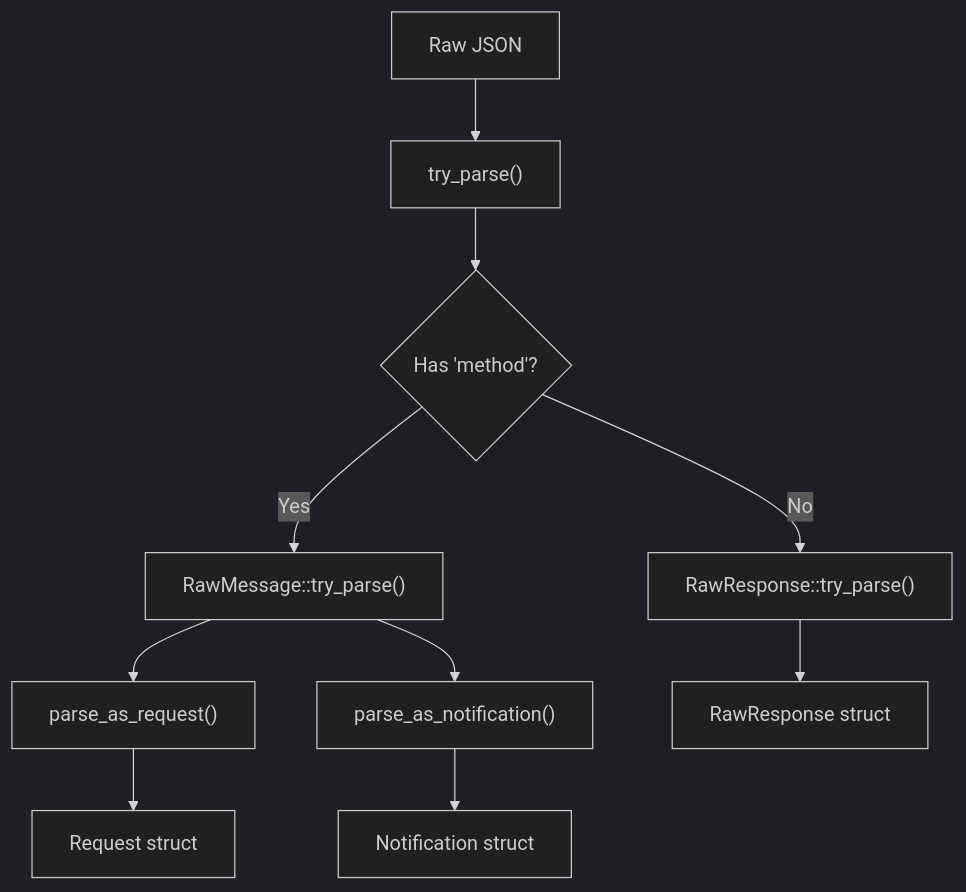
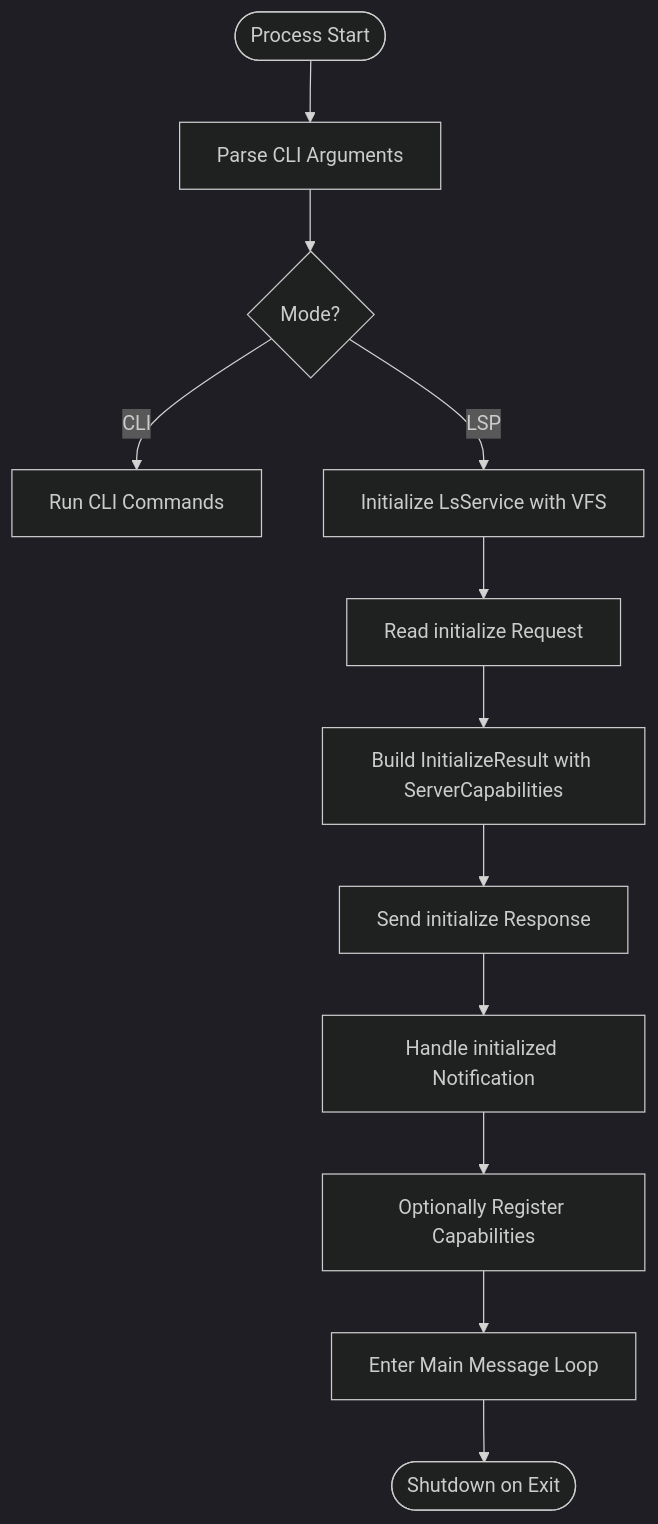
One commit to fenghaitao/dml-language-server changed the third of 9 diagrams in .qoder/repowiki/en/content/Language Server Protocol Implementation/Language Server Protocol Implementation.md. Above: the diagram before and after it, drawn with Mermaid (dark theme). The commit also changed other lines of this file and 119 other files, not shown here.

````diff
--- a/.qoder/repowiki/en/content/Language Server Protocol Implementation/Language Server Protocol Implementation.md
+++ b/.qoder/repowiki/en/content/Language Server Protocol Implementation/Language Server Protocol Implementation.md
@@ -186,12 +201,14 @@
 ```mermaid
 flowchart TD
-A["Raw JSON"] --> B["try_parse()"]
-B --> C{"Has 'method'?"}
-C --> |Yes| D["RawMessage::try_parse()"]
-C --> |No| E["RawResponse::try_parse()"]
-D --> F["parse_as_request()"]
-D --> G["parse_as_notification()"]
-F --> H["Request struct"]
-G --> I["Notification struct"]
-E --> J["RawResponse struct"]
+Start(["Process Start"]) --> ParseArgs["Parse CLI Arguments"]
+ParseArgs --> ModeCheck{"Mode?"}
+ModeCheck --> |CLI| CLI["Run CLI Commands"]
+ModeCheck --> |LSP| InitServer["Initialize LsService with VFS"]
+InitServer --> ReadStdin["Read initialize Request"]
+ReadStdin --> InitCap["Build InitializeResult with ServerCapabilities"]
+InitCap --> SendResp["Send initialize Response"]
+SendResp --> InitNotify["Handle initialized Notification"]
+InitNotify --> RegisterCaps["Optionally Register Capabilities"]
+RegisterCaps --> MainLoop["Enter Main Message Loop"]
+MainLoop --> End(["Shutdown on Exit"])
 ```
````
